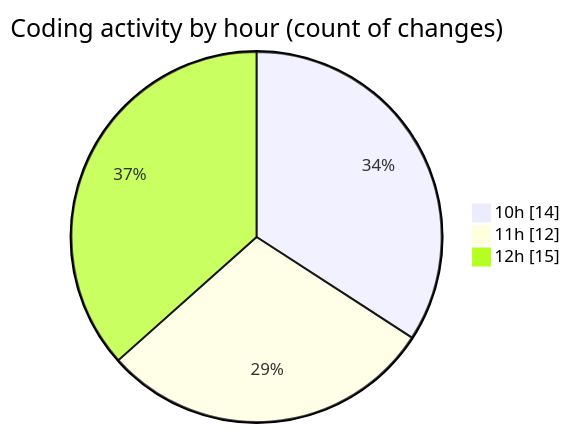
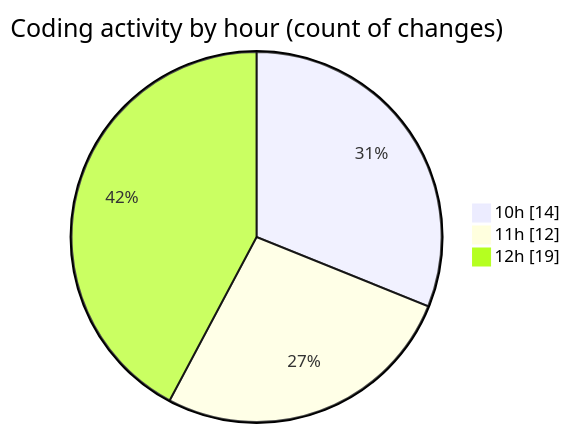
The second of 2 diagrams in 2025-09-29/cda/README.md (momahboobian/code-tracking), drawn with Mermaid before and after one commit. The commit also changed other lines of this file and 1 other file, not shown here.

````diff
--- a/2025-09-29/cda/README.md
+++ b/2025-09-29/cda/README.md
@@ -36,7 +37,7 @@
 ```mermaid
 pie showData
 title Coding activity by hour (count of changes)
 "10h" : 14
 "11h" : 12
-"12h" : 15
+"12h" : 19
 ```
````
